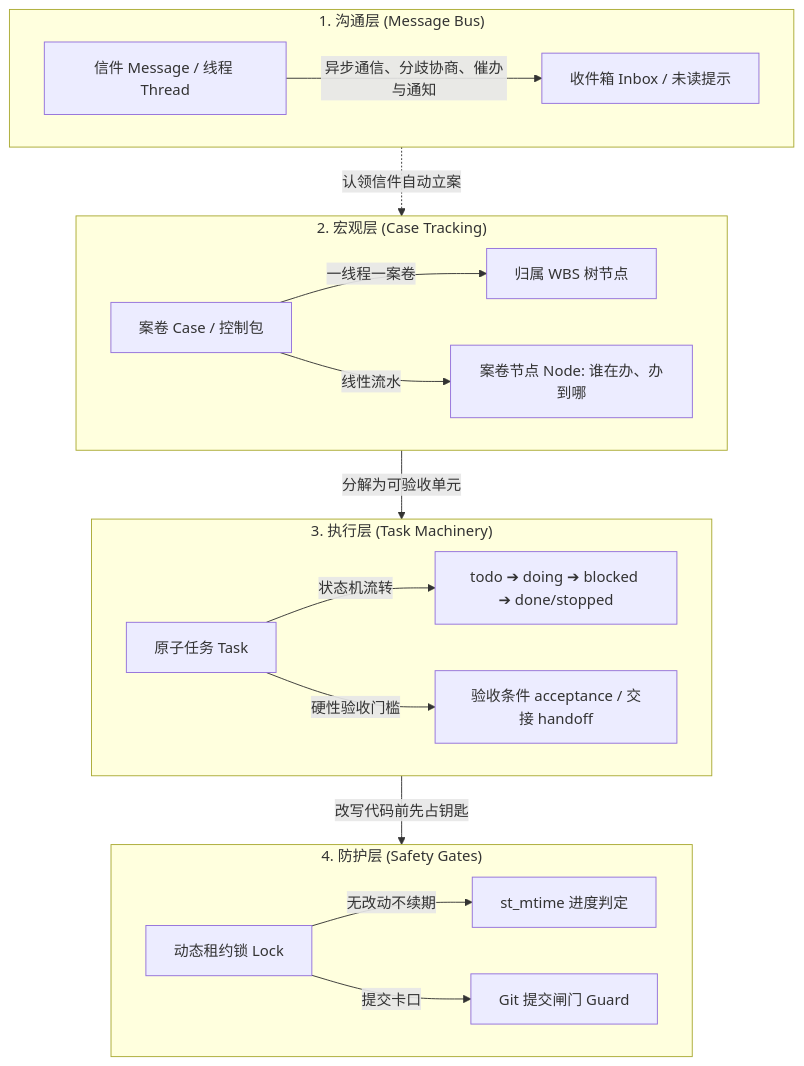
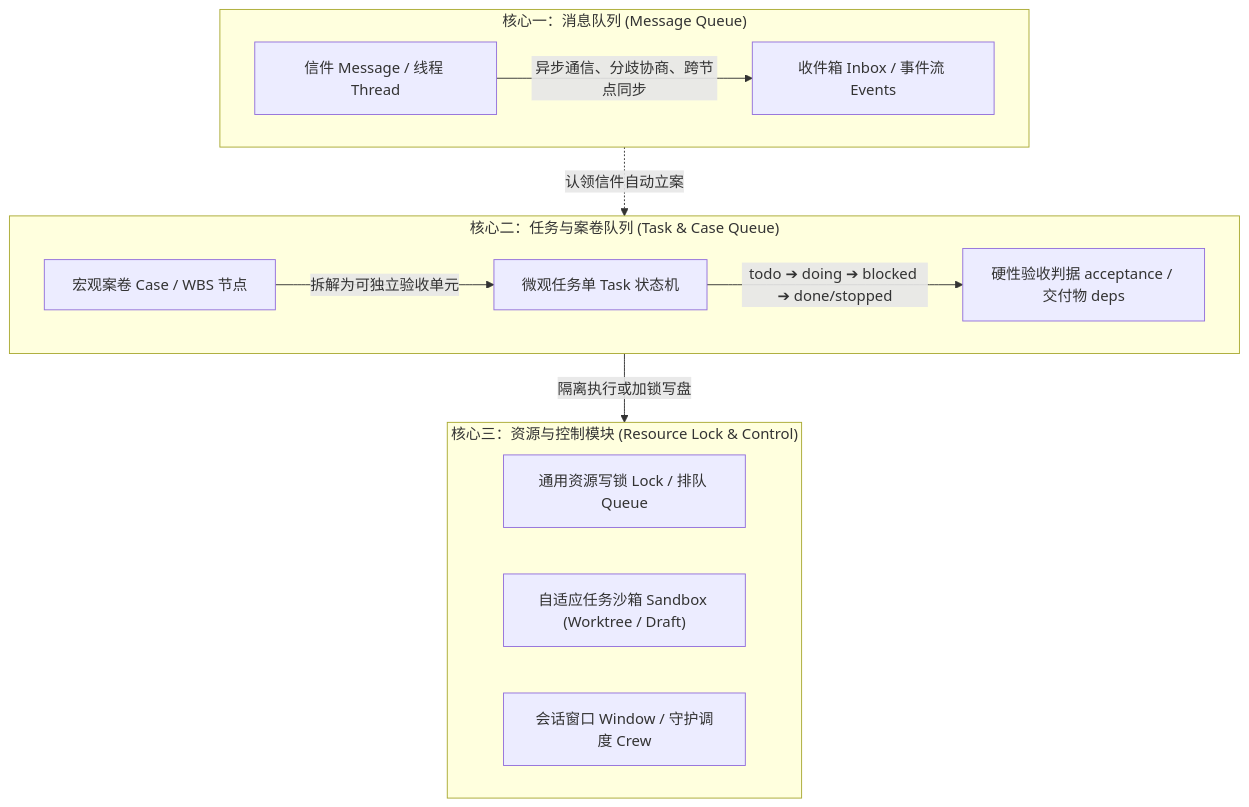
One commit to Robin9989Law/infocenter changed the diagram in docs/WORKFLOW_SPEC.md. Above: the diagram before and after it, drawn with Mermaid. The commit also changed other lines of this file and 9 other files, not shown here.

Commit message:
feat(arch): add DAG fitness guards, cross-scenario workflow spec, and adaptive task sandbox

````diff
--- a/docs/WORKFLOW_SPEC.md
+++ b/docs/WORKFLOW_SPEC.md
@@ -10,29 +10,23 @@
 ```mermaid
 flowchart TD
-    subgraph L1["1. 沟通层 (Message Bus)"]
-        M[信件 Message / 线程 Thread]
-        M -->|异步通信、分歧协商、催办与通知| INBOX[收件箱 Inbox / 未读提示]
+    subgraph S1["核心一：消息队列 (Message Queue)"]
+        M["信件 Message / 线程 Thread"]
+        M -->|"异步通信、分歧协商、跨节点同步"| INBOX["收件箱 Inbox / 事件流 Events"]
     end
 
-    subgraph L2["2. 宏观层 (Case Tracking)"]
-        C[案卷 Case / 控制包]
-        C -->|一线程一案卷| WBS[归属 WBS 树节点]
-        C -->|线性流水| CNODE[案卷节点 Node: 谁在办、办到哪]
+    subgraph S2["核心二：任务与案卷队列 (Task & Case Queue)"]
+        C["宏观案卷 Case / WBS 节点"]
+        T["微观任务单 Task 状态机"]
+        C -->|"拆解为可独立验收单元"| T
+        T -->|"todo ➔ doing ➔ blocked ➔ done/stopped"| TACC["硬性验收判据 acceptance / 交付物 deps"]
     end
 
-    subgraph L3["3. 执行层 (Task Machinery)"]
-        T[原子任务 Task]
-        T -->|状态机流转| TSTATE["todo ➔ doing ➔ blocked ➔ done/stopped"]
-        T -->|硬性验收门槛| TACC[验收条件 acceptance / 交接 handoff]
+    subgraph S3["核心三：资源与控制模块 (Resource Lock & Control)"]
+        LK["通用资源写锁 Lock / 排队 Queue"]
+        SB["自适应任务沙箱 Sandbox (Worktree / Draft)"]
+        CR["会话窗口 Window / 守护调度 Crew"]
     end
 
-    subgraph L4["4. 防护层 (Safety Gates)"]
-        LK[动态租约锁 Lock]
-        LK -->|无改动不续期| STALL[st_mtime 进度判定]
-        LK -->|提交卡口| GD[Git 提交闸门 Guard]
-    end
-
-    L1 -.->|认领信件自动立案| L2
-    L2 -->|分解为可验收单元| L3
-    L3 -->|改写代码前先占钥匙| L4
+    S1 -.->|"认领信件自动立案"| S2
+    S2 -->|"隔离执行或加锁写盘"| S3
 ```
````
